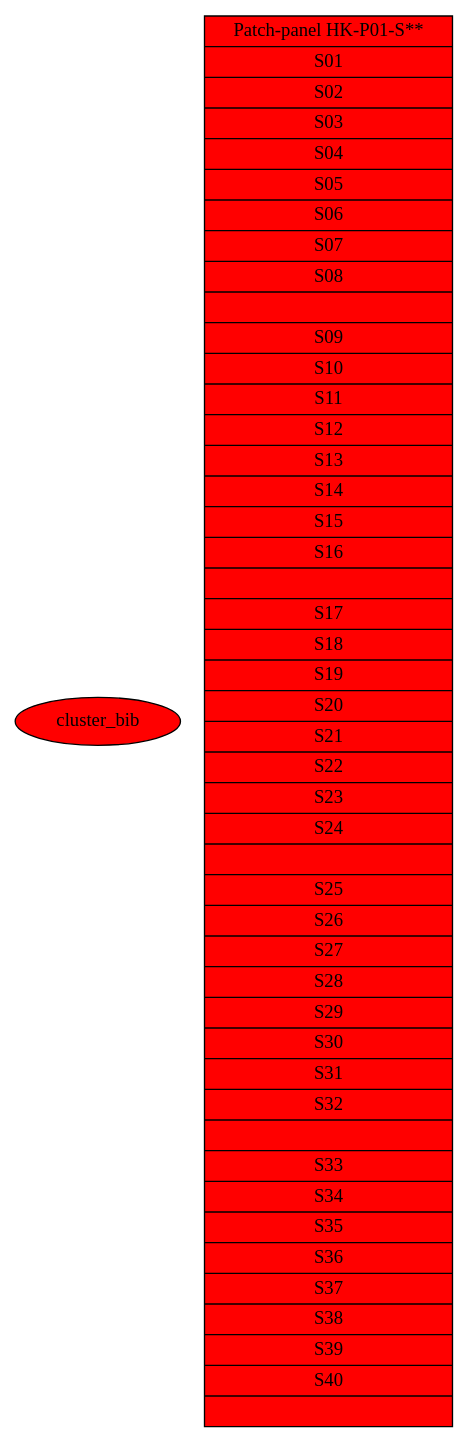
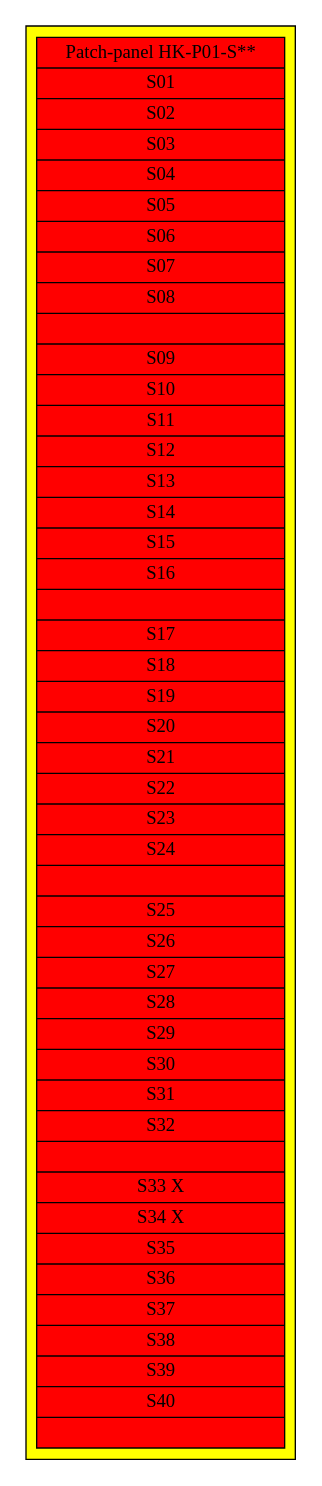
The diagram in projekter/bakkensbro-network.dot (alslug/alslug.dk), drawn with Graphviz before and after one commit.

```diff
--- a/projekter/bakkensbro-network.dot
+++ b/projekter/bakkensbro-network.dot
@@ -1,23 +1,23 @@
 digraph xxx {
   edge [ dir=none penwidth=100 ];
 
   node [ style=filled fillcolor=red ];
-  cluster_bib {
+  subgraph cluster_bib {
     style=filled;
     fillcolor=yellow;
     
     HK_PO1 [ shape=record label="{
     Patch-panel HK-P01-S**  |
-    <S01> S01 |                       <S02> S02 |                       <S03> S03 |                       <S04> S04 |
-    <S05> S05 |                       <S06> S06 |                       <S07> S07 |                       <S08> S08 | |
-    <S09> S09 |                       <S10> S10 |                       <S11> S11 |                       <S12> S12 |
-    <S13> S13 |                       <S14> S14 |                       <S15> S15 |                       <S16> S16 | |
-    <S17> S17 |                       <S18> S18 |                       <S19> S19 |                       <S20> S20 |
-    <S21> S21 |                       <S22> S22 |                       <S23> S23 |                       <S24> S24 | |
-    <S25> S25 |                       <S26> S26 |                       <S27> S27 |                       <S28> S28 |
-    <S29> S29 |                       <S30> S30 |                       <S31> S31 |                       <S32> S32 | |
-    <S33> S33 |                       <S34> S34 |                       <S35> S35 |                       <S36> S36 |
-    <S37> S37 |                       <S38> S38 |                       <S39> S39 |                       <S40> S40 |
+    <S01> S01                       | <S02> S02                       | <S03> S03                       | <S04> S04                       |
+    <S05> S05                       | <S06> S06                       | <S07> S07                       | <S08> S08                       | |
+    <S09> S09                       | <S10> S10                       | <S11> S11                       | <S12> S12                       |
+    <S13> S13                       | <S14> S14                       | <S15> S15                       | <S16> S16                       | |
+    <S17> S17                       | <S18> S18                       | <S19> S19                       | <S20> S20                       |
+    <S21> S21                       | <S22> S22                       | <S23> S23                       | <S24> S24                       | |
+    <S25> S25                       | <S26> S26                       | <S27> S27                       | <S28> S28                       |
+    <S29> S29                       | <S30> S30                       | <S31> S31                       | <S32> S32                       | |
+    <S33> S33 X                     | <S34> S34 X                     | <S35> S35                       | <S36> S36                       |
+    <S37> S37                       | <S38> S38                       | <S39> S39                       | <S40> S40                       |
     }"];
   }
 }
```
